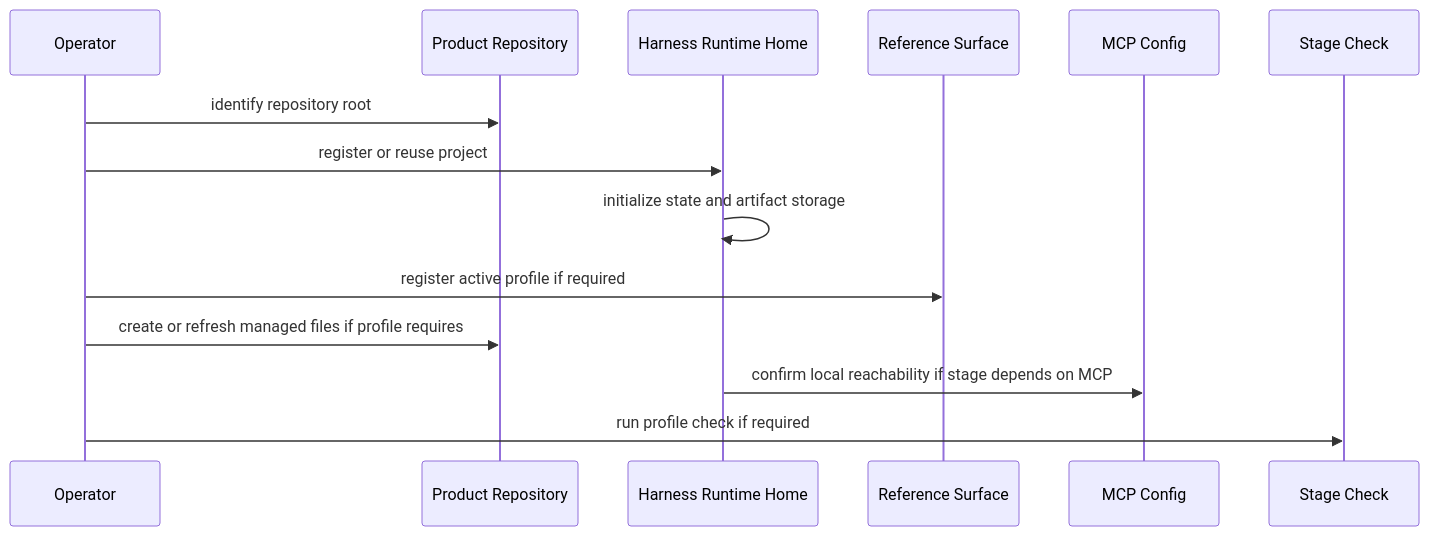
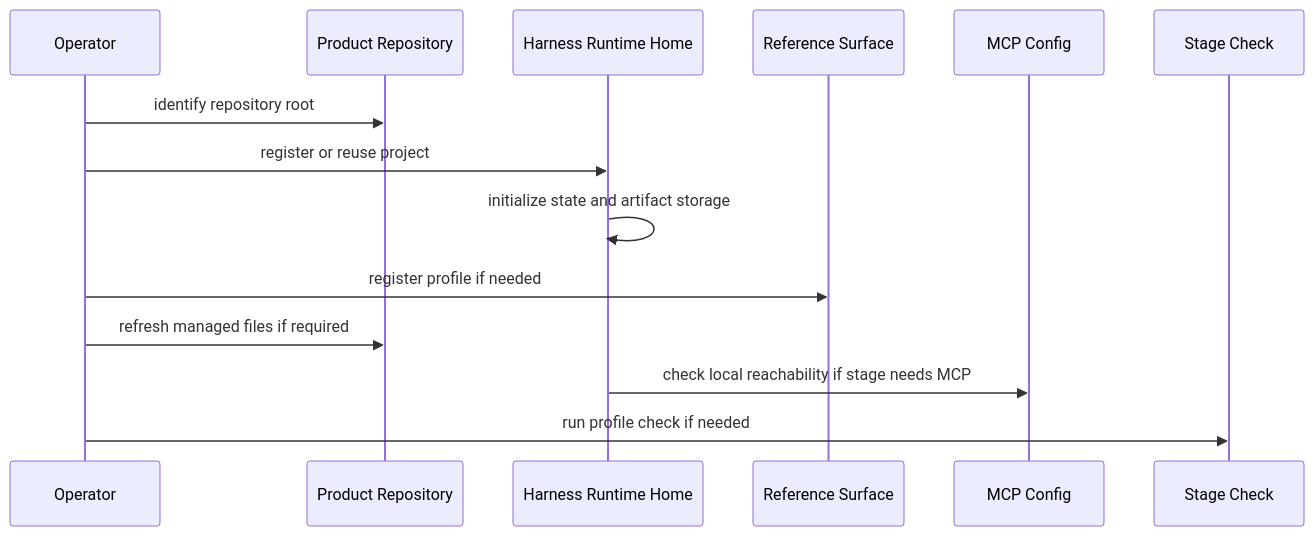
Before and after one commit to minjungw00/Harness_Project: the fourth of 11 diagrams in docs/en/reference/operations-and-conformance.md, drawn with Mermaid. The commit also changed other lines of this file and 20 other files, not shown here.

Commit message:
docs: refresh diagrams for staged authority model

````diff
--- a/docs/en/reference/operations-and-conformance.md
+++ b/docs/en/reference/operations-and-conformance.md
@@ -220,16 +220,16 @@
 ```mermaid
 sequenceDiagram
   participant Op as Operator
   participant Repo as Product Repository
   participant Runtime as Harness Runtime Home
   participant Surface as Reference Surface
   participant MCP as MCP Config
   participant Core as Stage Check
   Op->>Repo: identify repository root
   Op->>Runtime: register or reuse project
   Runtime->>Runtime: initialize state and artifact storage
-  Op->>Surface: register active profile if required
-  Op->>Repo: create or refresh managed files if profile requires
-  Runtime->>MCP: confirm local reachability if stage depends on MCP
-  Op->>Core: run profile check if required
+  Op->>Surface: register profile if needed
+  Op->>Repo: refresh managed files if required
+  Runtime->>MCP: check local reachability if stage needs MCP
+  Op->>Core: run profile check if needed
 ```
````
